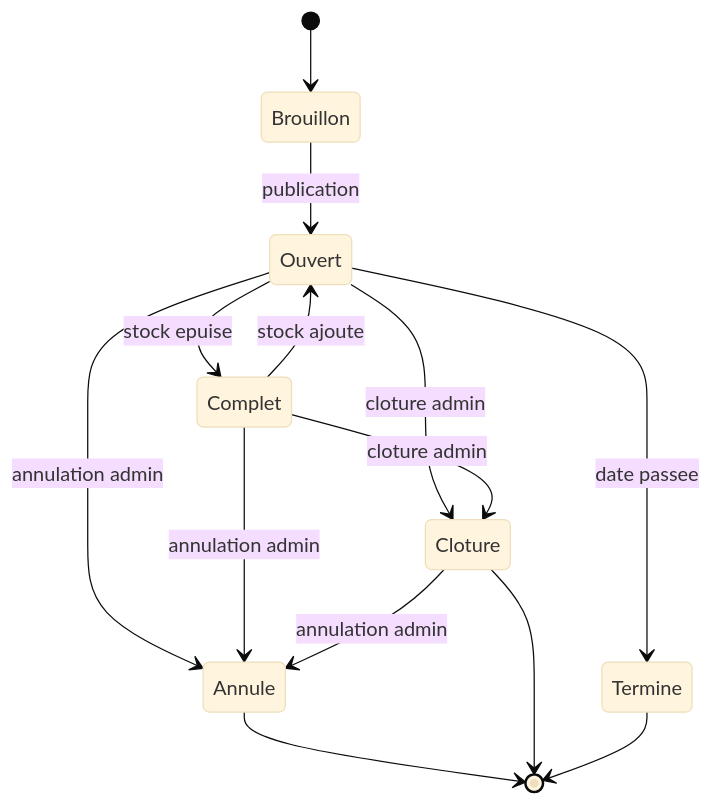
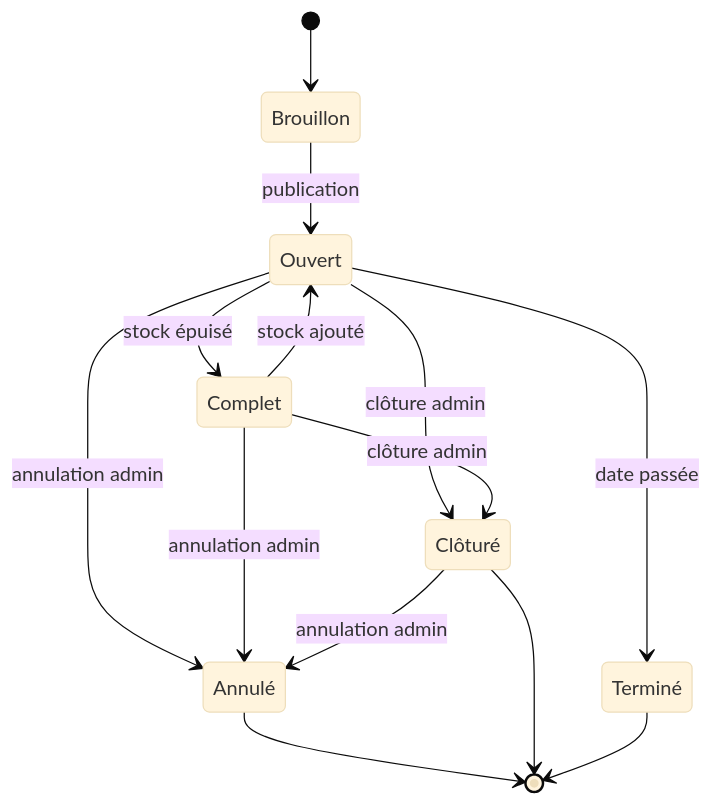
Before and after one commit to Axel-al/billeterie-concerts: the first of 3 diagrams in docs/validation/diagrammes_etats.md, drawn with Mermaid (base theme). The commit also changed other lines of this file and 48 other files, not shown here.

````diff
--- a/docs/validation/diagrammes_etats.md
+++ b/docs/validation/diagrammes_etats.md
@@ -7,16 +7,19 @@
 ```mermaid
 stateDiagram-v2
+    state "Clôturé" as Cloture
+    state "Annulé" as Annule
+    state "Terminé" as Termine
     [*] --> Brouillon
     Brouillon --> Ouvert: publication
-    Ouvert --> Cloture: cloture admin
-    Ouvert --> Complet: stock epuise
+    Ouvert --> Cloture: clôture admin
+    Ouvert --> Complet: stock épuisé
     Ouvert --> Annule: annulation admin
-    Ouvert --> Termine: date passee
-    Complet --> Ouvert: stock ajoute
-    Complet --> Cloture: cloture admin
+    Ouvert --> Termine: date passée
+    Complet --> Ouvert: stock ajouté
+    Complet --> Cloture: clôture admin
     Complet --> Annule: annulation admin
     Cloture --> Annule: annulation admin
     Annule --> [*]
     Cloture --> [*]
     Termine --> [*]
 ```
````
